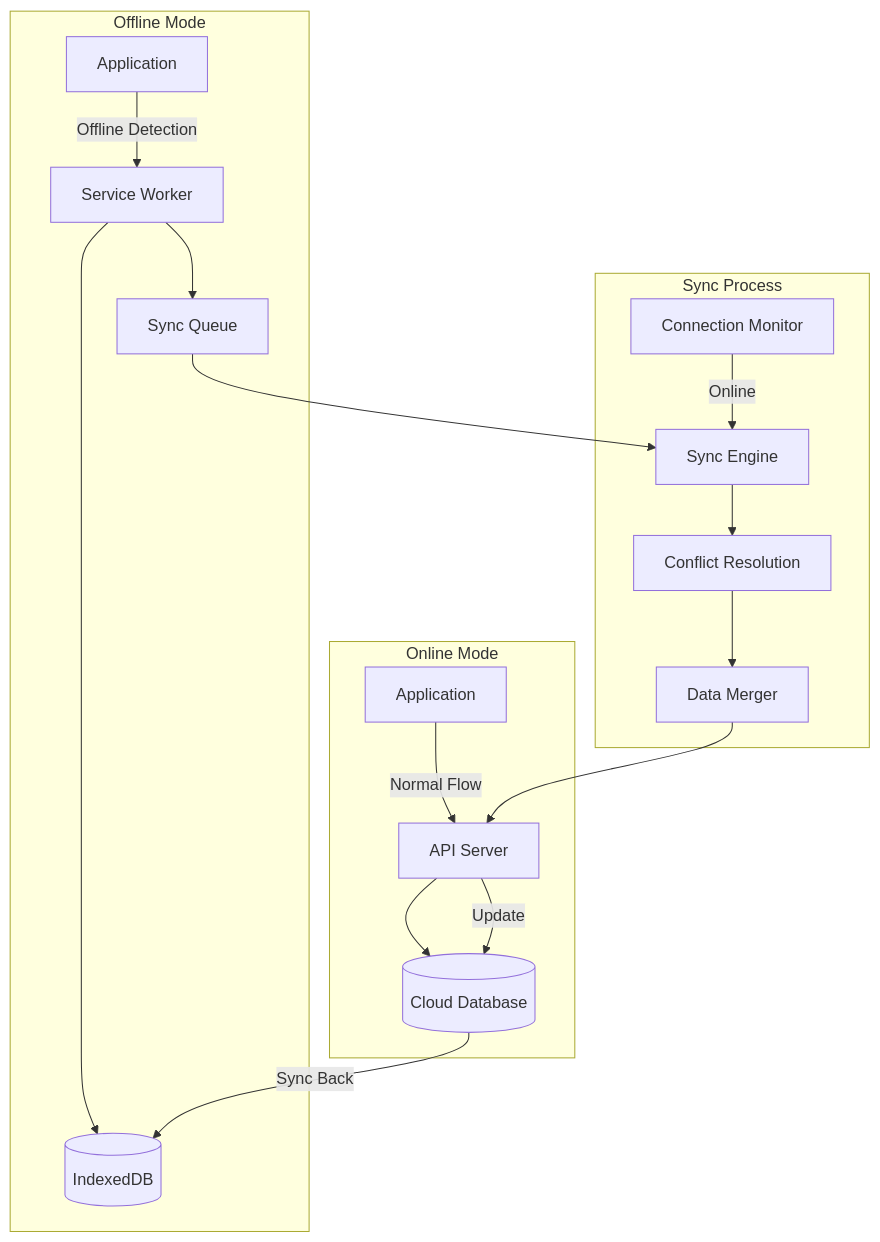
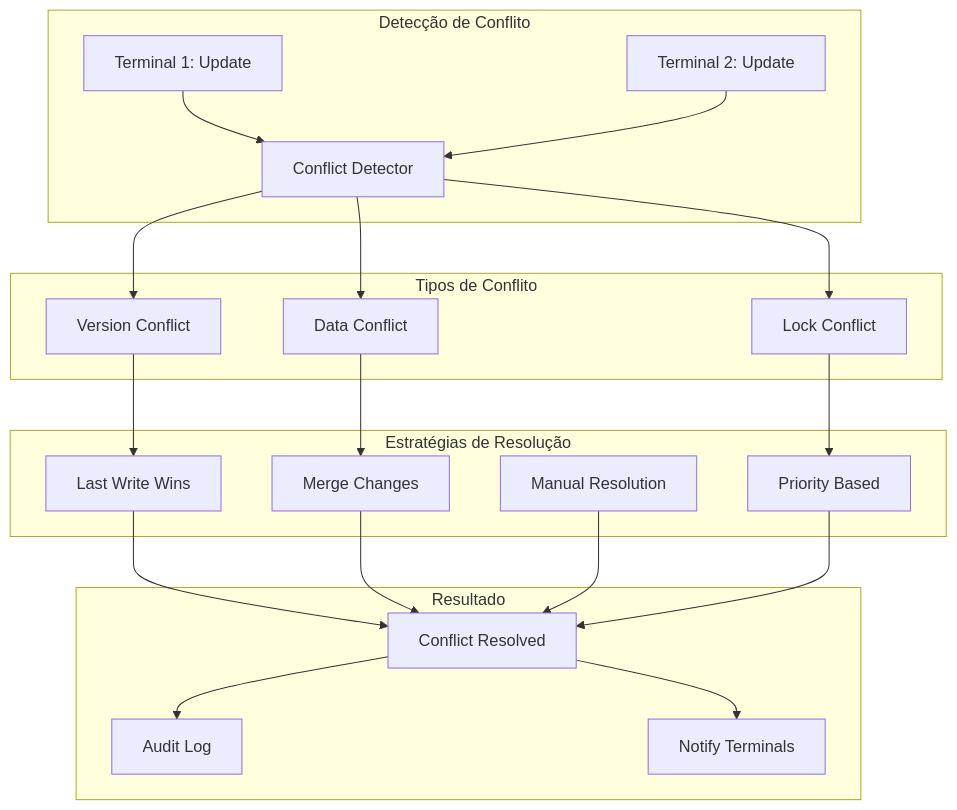
One commit to costadanilofreitas/chefia-pos changed diagram 12 of 16 in docs/ai/DIAGRAMA_ARQUITETURA_ATUAL.md. Above: the diagram before and after it, drawn with Mermaid. The commit also changed other lines of this file and 19 other files, not shown here.

````diff
--- a/docs/ai/DIAGRAMA_ARQUITETURA_ATUAL.md
+++ b/docs/ai/DIAGRAMA_ARQUITETURA_ATUAL.md
@@ -503,37 +620,46 @@
 ```mermaid
 graph TB
-    subgraph "Online Mode"
-        ON_APP[Application]
-        ON_API[API Server]
-        ON_DB[(Cloud Database)]
+    subgraph "Detecção de Conflito"
+        CHANGE1[Terminal 1: Update]
+        CHANGE2[Terminal 2: Update]
+        DETECTOR[Conflict Detector]
     end
     
-    subgraph "Offline Mode"
-        OFF_APP[Application]
-        OFF_SW[Service Worker]
-        OFF_IDB[(IndexedDB)]
-        OFF_QUEUE[Sync Queue]
+    subgraph "Tipos de Conflito"
+        VERSION[Version Conflict]
+        DATA[Data Conflict]
+        LOCK[Lock Conflict]
     end
     
-    subgraph "Sync Process"
-        DETECT[Connection Monitor]
-        SYNC[Sync Engine]
-        CONFLICT[Conflict Resolution]
-        MERGE[Data Merger]
+    subgraph "Estratégias de Resolução"
+        LWW[Last Write Wins]
+        MERGE[Merge Changes]
+        MANUAL[Manual Resolution]
+        PRIORITY[Priority Based]
     end
     
-    ON_APP --> |Normal Flow| ON_API
-    ON_API --> ON_DB
+    subgraph "Resultado"
+        RESOLVED[Conflict Resolved]
+        AUDIT[Audit Log]
+        NOTIFY[Notify Terminals]
+    end
     
-    OFF_APP --> |Offline Detection| OFF_SW
-    OFF_SW --> OFF_IDB
-    OFF_SW --> OFF_QUEUE
+    CHANGE1 --> DETECTOR
+    CHANGE2 --> DETECTOR
     
-    DETECT --> |Online| SYNC
-    OFF_QUEUE --> SYNC
-    SYNC --> CONFLICT
-    CONFLICT --> MERGE
-    MERGE --> ON_API
-    ON_API --> |Update| ON_DB
-    ON_DB --> |Sync Back| OFF_IDB
+    DETECTOR --> VERSION
+    DETECTOR --> DATA
+    DETECTOR --> LOCK
+    
+    VERSION --> LWW
+    DATA --> MERGE
+    LOCK --> PRIORITY
+    
+    LWW --> RESOLVED
+    MERGE --> RESOLVED
+    MANUAL --> RESOLVED
+    PRIORITY --> RESOLVED
+    
+    RESOLVED --> AUDIT
+    RESOLVED --> NOTIFY
 ```
````
